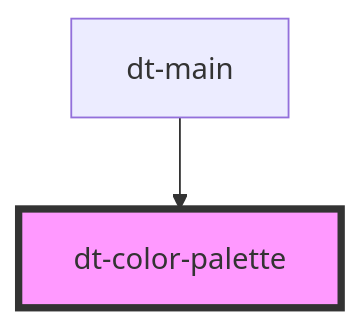
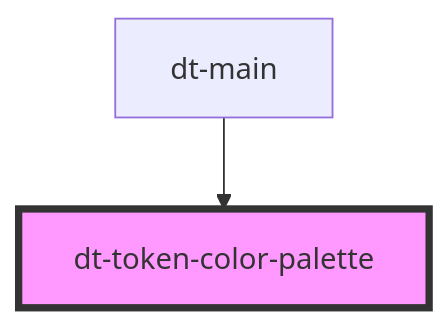
Before and after one commit to genexuslabs/design-tokens-editor: the diagram in src/components/token-color-palette/readme.md, drawn with Mermaid. The commit also changed 17 other files, not shown here.

````diff
--- a/src/components/token-color-palette/readme.md
+++ b/src/components/token-color-palette/readme.md
@@ -22,5 +22,5 @@
 ```mermaid
 graph TD;
-  dt-main --> dt-color-palette
-  style dt-color-palette fill:#f9f,stroke:#333,stroke-width:4px
+  dt-main --> dt-token-color-palette
+  style dt-token-color-palette fill:#f9f,stroke:#333,stroke-width:4px
 ```
````
